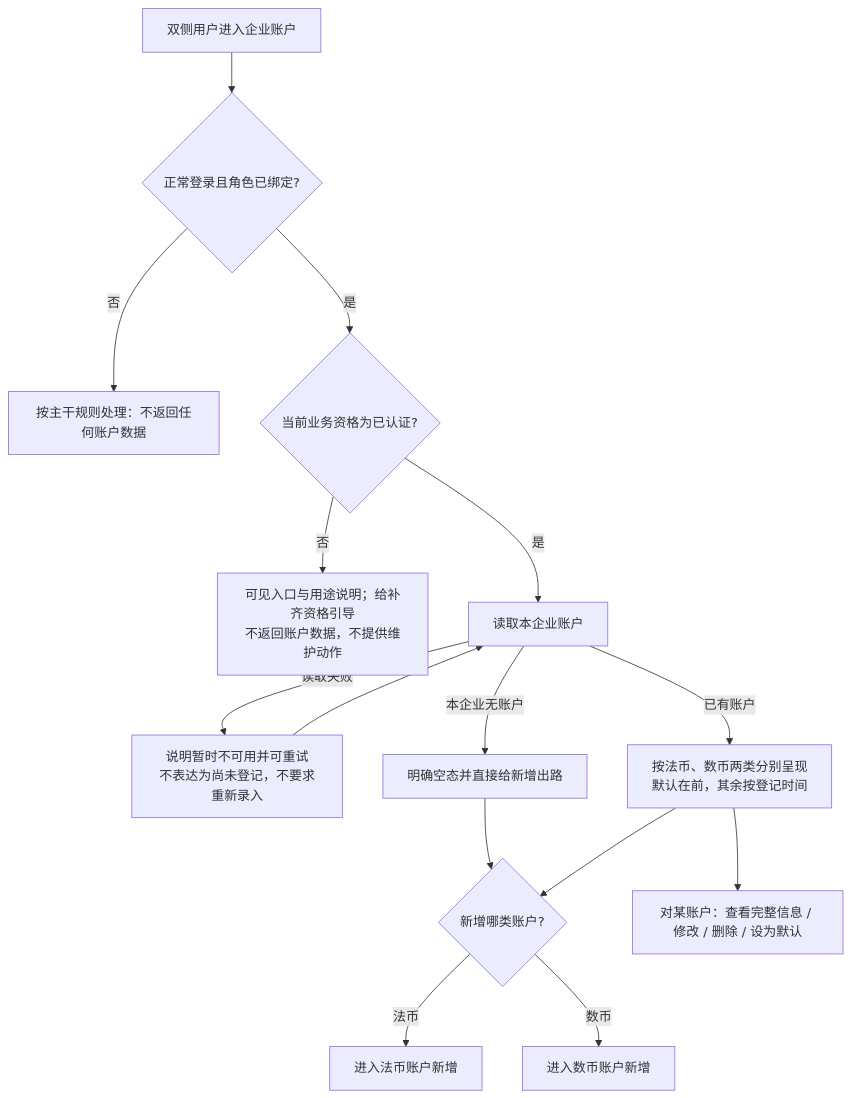
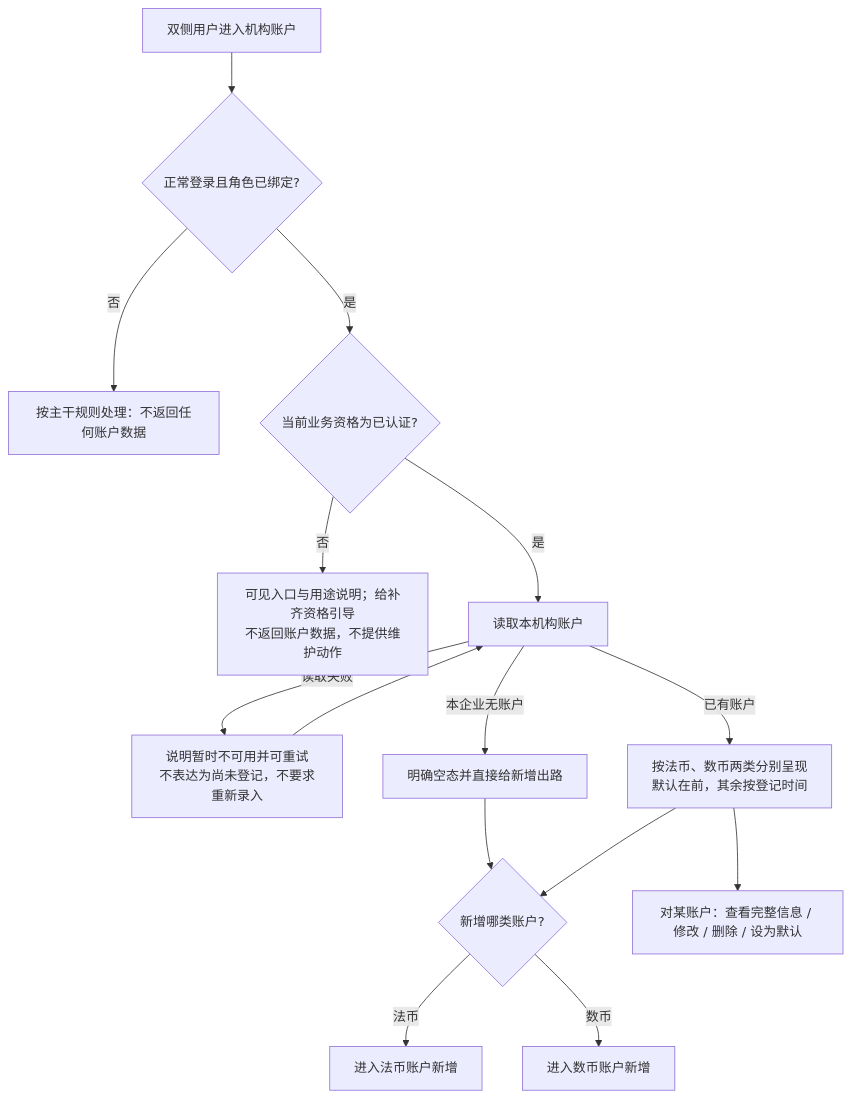
Before and after one commit to wxblockchain/Chain-Financing: the first of 7 diagrams in lending-platform/PRD/v1.0-企业账户/02-企业账户-流程图与状态机.md, drawn with Mermaid. The commit also changed other lines of this file and 29 other files, not shown here.

````diff
--- a/lending-platform/PRD/v1.0-企业账户/02-企业账户-流程图与状态机.md
+++ b/lending-platform/PRD/v1.0-企业账户/02-企业账户-流程图与状态机.md
@@ -14,17 +14,17 @@
 ```mermaid
 flowchart TD
-    A[双侧用户进入企业账户] --> B{正常登录且角色已绑定?}
+    A[双侧用户进入机构账户] --> B{正常登录且角色已绑定?}
     B -->|否| C[按主干规则处理：不返回任何账户数据]
     B -->|是| D{当前业务资格为已认证?}
     D -->|否| E[可见入口与用途说明；给补齐资格引导<br/>不返回账户数据，不提供维护动作]
-    D -->|是| F[读取本企业账户]
+    D -->|是| F[读取本机构账户]
     F -->|读取失败| G[说明暂时不可用并可重试<br/>不表达为尚未登记，不要求重新录入]
     G --> F
     F -->|本企业无账户| H[明确空态并直接给新增出路]
     F -->|已有账户| I[按法币、数币两类分别呈现<br/>默认在前，其余按登记时间]
     H --> J{新增哪类账户?}
     I --> J
     I --> K[对某账户：查看完整信息 / 修改 / 删除 / 设为默认]
     J -->|法币| L[进入法币账户新增]
     J -->|数币| M[进入数币账户新增]
 ```
````
